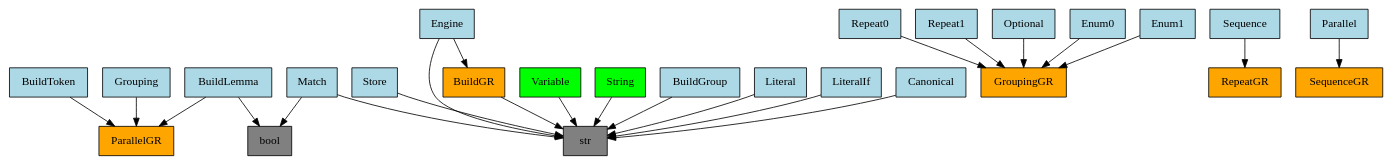
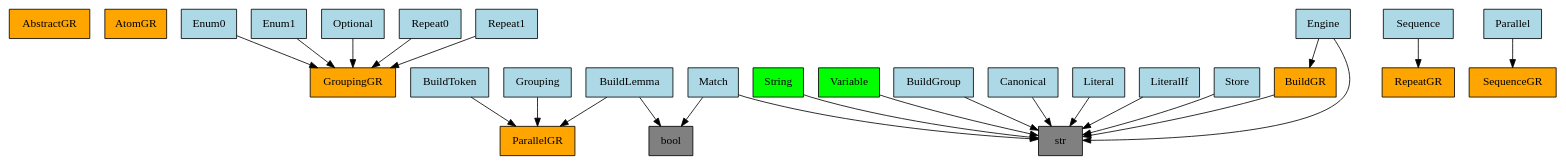
The diagram in language/base/bnf/v0_2_0/use_graph.gv (GabrielAmare/Language), drawn with Graphviz before and after one commit. The commit also changed 8 other files, not shown here.

Commit message:
used utils.graph.structures for ClassManager.use_graph

```diff
--- a/language/base/bnf/v0_2_0/use_graph.gv
+++ b/language/base/bnf/v0_2_0/use_graph.gv
@@ -1,51 +1,53 @@
 digraph {
-	0 [label=BuildGR fillcolor=orange shape=rect style=filled]
-	1 [label=str fillcolor=gray shape=rect style=filled]
-	2 [label=BuildToken fillcolor=lightblue shape=rect style=filled]
-	3 [label=ParallelGR fillcolor=orange shape=rect style=filled]
-	4 [label=BuildLemma fillcolor=lightblue shape=rect style=filled]
-	5 [label=bool fillcolor=gray shape=rect style=filled]
-	6 [label=BuildGroup fillcolor=lightblue shape=rect style=filled]
-	7 [label=Match fillcolor=lightblue shape=rect style=filled]
-	8 [label=Literal fillcolor=lightblue shape=rect style=filled]
-	9 [label=LiteralIf fillcolor=lightblue shape=rect style=filled]
-	10 [label=Canonical fillcolor=lightblue shape=rect style=filled]
-	11 [label=Store fillcolor=lightblue shape=rect style=filled]
-	12 [label=Grouping fillcolor=lightblue shape=rect style=filled]
-	13 [label=Repeat0 fillcolor=lightblue shape=rect style=filled]
-	14 [label=GroupingGR fillcolor=orange shape=rect style=filled]
-	15 [label=Repeat1 fillcolor=lightblue shape=rect style=filled]
-	16 [label=Optional fillcolor=lightblue shape=rect style=filled]
-	17 [label=Enum0 fillcolor=lightblue shape=rect style=filled]
-	18 [label=Enum1 fillcolor=lightblue shape=rect style=filled]
-	19 [label=Sequence fillcolor=lightblue shape=rect style=filled]
-	20 [label=RepeatGR fillcolor=orange shape=rect style=filled]
-	21 [label=Parallel fillcolor=lightblue shape=rect style=filled]
-	22 [label=SequenceGR fillcolor=orange shape=rect style=filled]
-	23 [label=Engine fillcolor=lightblue shape=rect style=filled]
-	24 [label=Variable fillcolor=lime shape=rect style=filled]
-	25 [label=String fillcolor=lime shape=rect style=filled]
-	0 -> 1
-	2 -> 3
-	4 -> 5
-	4 -> 3
-	6 -> 1
-	7 -> 5
-	7 -> 1
-	8 -> 1
-	9 -> 1
-	10 -> 1
-	11 -> 1
-	12 -> 3
-	13 -> 14
-	15 -> 14
-	16 -> 14
-	17 -> 14
-	18 -> 14
-	19 -> 20
-	21 -> 22
-	23 -> 0
-	23 -> 1
-	24 -> 1
-	25 -> 1
+	AbstractGR [label=AbstractGR fillcolor=orange shape=rect style=filled]
+	AtomGR [label=AtomGR fillcolor=orange shape=rect style=filled]
+	GroupingGR [label=GroupingGR fillcolor=orange shape=rect style=filled]
+	ParallelGR [label=ParallelGR fillcolor=orange shape=rect style=filled]
+	RepeatGR [label=RepeatGR fillcolor=orange shape=rect style=filled]
+	SequenceGR [label=SequenceGR fillcolor=orange shape=rect style=filled]
+	bool [label=bool fillcolor=gray shape=rect style=filled]
+	str [label=str fillcolor=gray shape=rect style=filled]
+	String [label=String fillcolor=lime shape=rect style=filled]
+	String -> str
+	Variable [label=Variable fillcolor=lime shape=rect style=filled]
+	Variable -> str
+	BuildGroup [label=BuildGroup fillcolor=lightblue shape=rect style=filled]
+	BuildGroup -> str
+	BuildLemma [label=BuildLemma fillcolor=lightblue shape=rect style=filled]
+	BuildLemma -> ParallelGR
+	BuildLemma -> bool
+	BuildToken [label=BuildToken fillcolor=lightblue shape=rect style=filled]
+	BuildToken -> ParallelGR
+	Canonical [label=Canonical fillcolor=lightblue shape=rect style=filled]
+	Canonical -> str
+	Enum0 [label=Enum0 fillcolor=lightblue shape=rect style=filled]
+	Enum0 -> GroupingGR
+	Enum1 [label=Enum1 fillcolor=lightblue shape=rect style=filled]
+	Enum1 -> GroupingGR
+	Grouping [label=Grouping fillcolor=lightblue shape=rect style=filled]
+	Grouping -> ParallelGR
+	Literal [label=Literal fillcolor=lightblue shape=rect style=filled]
+	Literal -> str
+	LiteralIf [label=LiteralIf fillcolor=lightblue shape=rect style=filled]
+	LiteralIf -> str
+	Match [label=Match fillcolor=lightblue shape=rect style=filled]
+	Match -> bool
+	Match -> str
+	Optional [label=Optional fillcolor=lightblue shape=rect style=filled]
+	Optional -> GroupingGR
+	Parallel [label=Parallel fillcolor=lightblue shape=rect style=filled]
+	Parallel -> SequenceGR
+	Repeat0 [label=Repeat0 fillcolor=lightblue shape=rect style=filled]
+	Repeat0 -> GroupingGR
+	Repeat1 [label=Repeat1 fillcolor=lightblue shape=rect style=filled]
+	Repeat1 -> GroupingGR
+	Sequence [label=Sequence fillcolor=lightblue shape=rect style=filled]
+	Sequence -> RepeatGR
+	Store [label=Store fillcolor=lightblue shape=rect style=filled]
+	Store -> str
+	BuildGR [label=BuildGR fillcolor=orange shape=rect style=filled]
+	BuildGR -> str
+	Engine [label=Engine fillcolor=lightblue shape=rect style=filled]
+	Engine -> str
+	Engine -> BuildGR
 }
```
